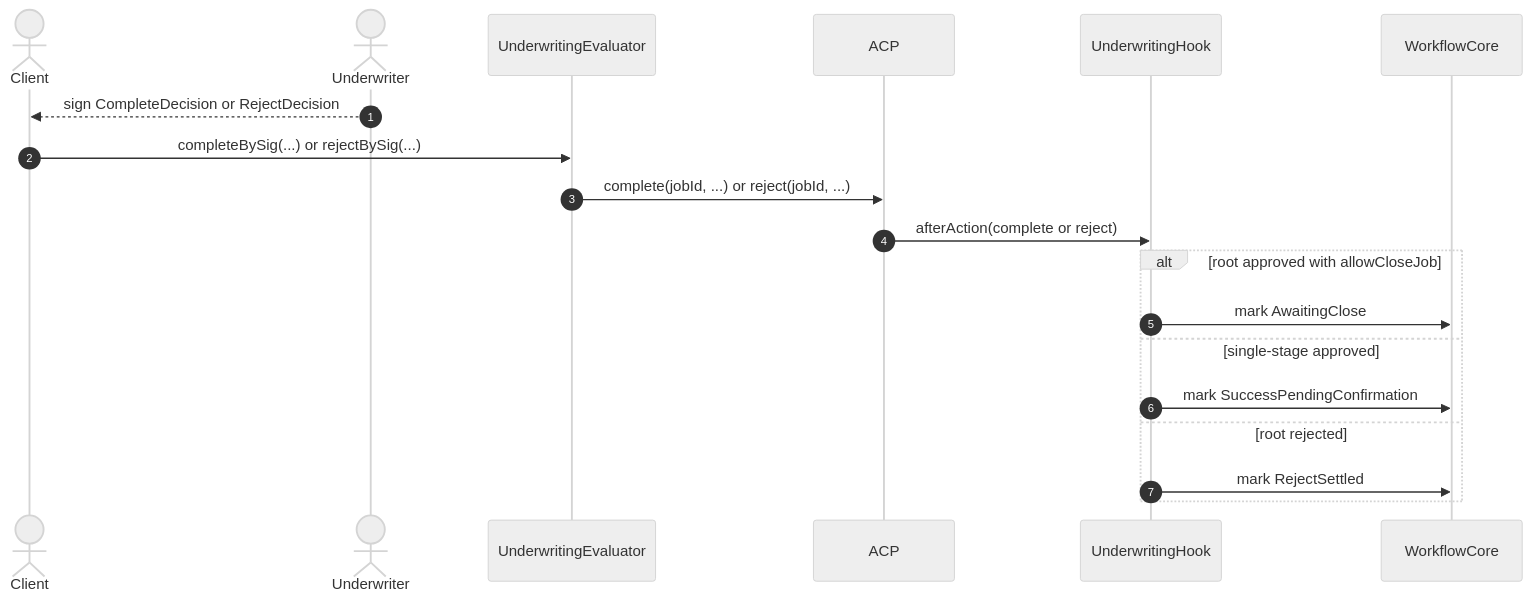
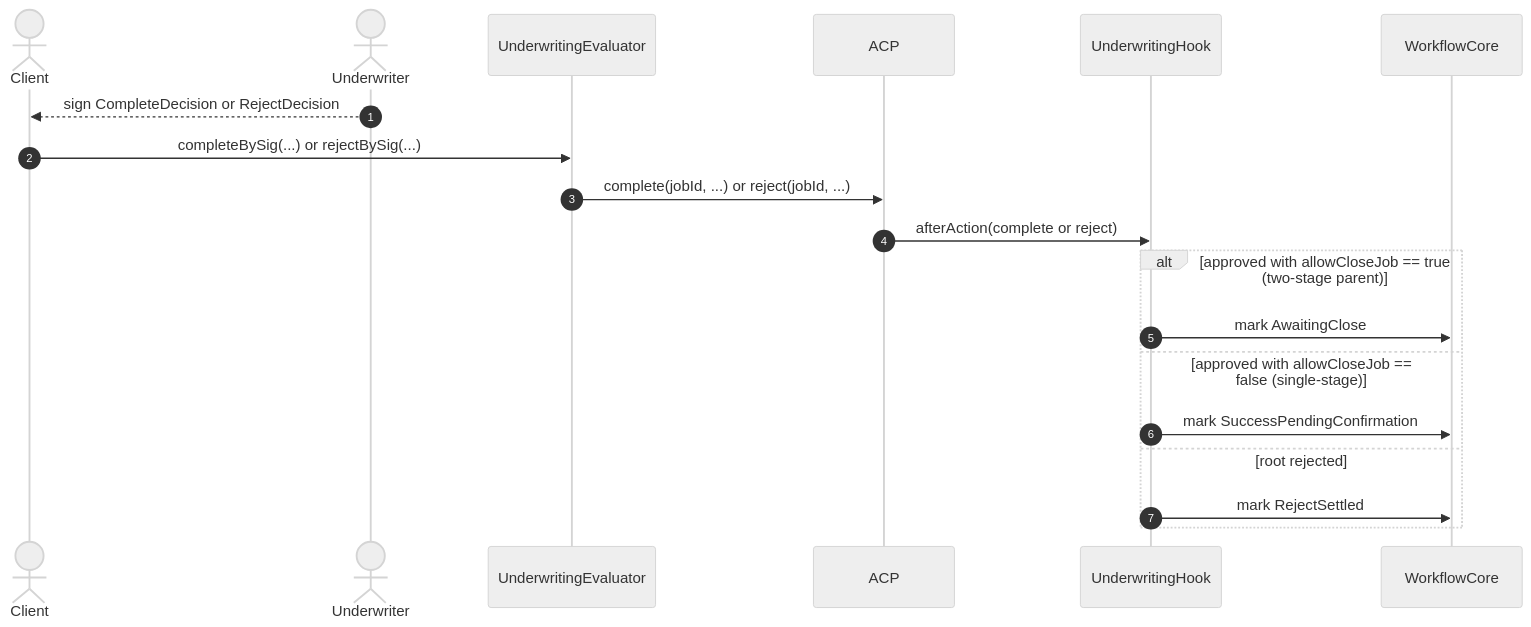
The fourth of 6 diagrams in docs/underwriting-hook-example-sequence.md (tsubasakong/hook-contracts), drawn with Mermaid (neutral theme) before and after one commit. The commit also changed other lines of this file and 1 other file, not shown here.

First line of the commit message:
docs: clarify how setBudget commit payload discriminates job types

````diff
--- a/docs/underwriting-hook-example-sequence.md
+++ b/docs/underwriting-hook-example-sequence.md
@@ -90,22 +117,22 @@
 ```mermaid
 sequenceDiagram
     autonumber
     actor Client
     actor Underwriter
     participant Eval as UnderwritingEvaluator
     participant ACP as ACP
     participant Hook as UnderwritingHook
     participant Flow as WorkflowCore
 
     Underwriter-->>Client: sign CompleteDecision or RejectDecision
     Client->>Eval: completeBySig(...) or rejectBySig(...)
     Eval->>ACP: complete(jobId, ...) or reject(jobId, ...)
     ACP->>Hook: afterAction(complete or reject)
-    alt root approved with allowCloseJob
+    alt approved with allowCloseJob == true (two-stage parent)
         Hook->>Flow: mark AwaitingClose
-    else single-stage approved
+    else approved with allowCloseJob == false (single-stage)
         Hook->>Flow: mark SuccessPendingConfirmation
     else root rejected
         Hook->>Flow: mark RejectSettled
     end
 ```
````
